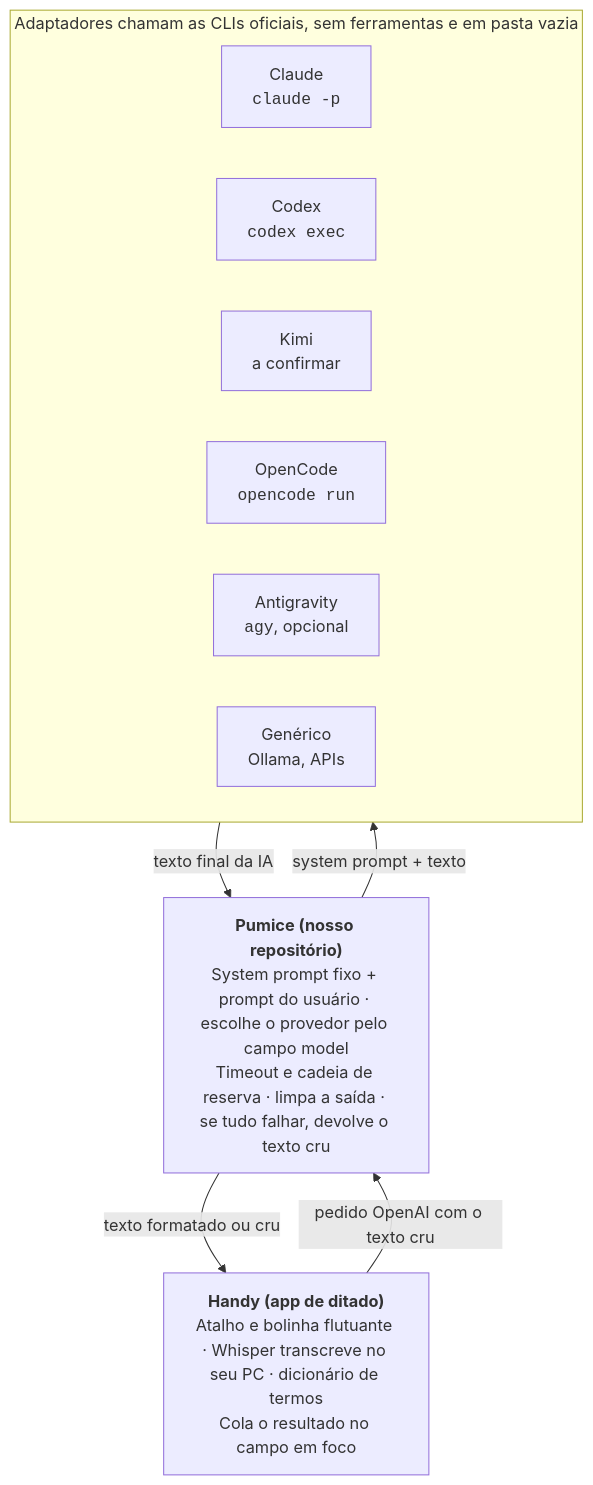
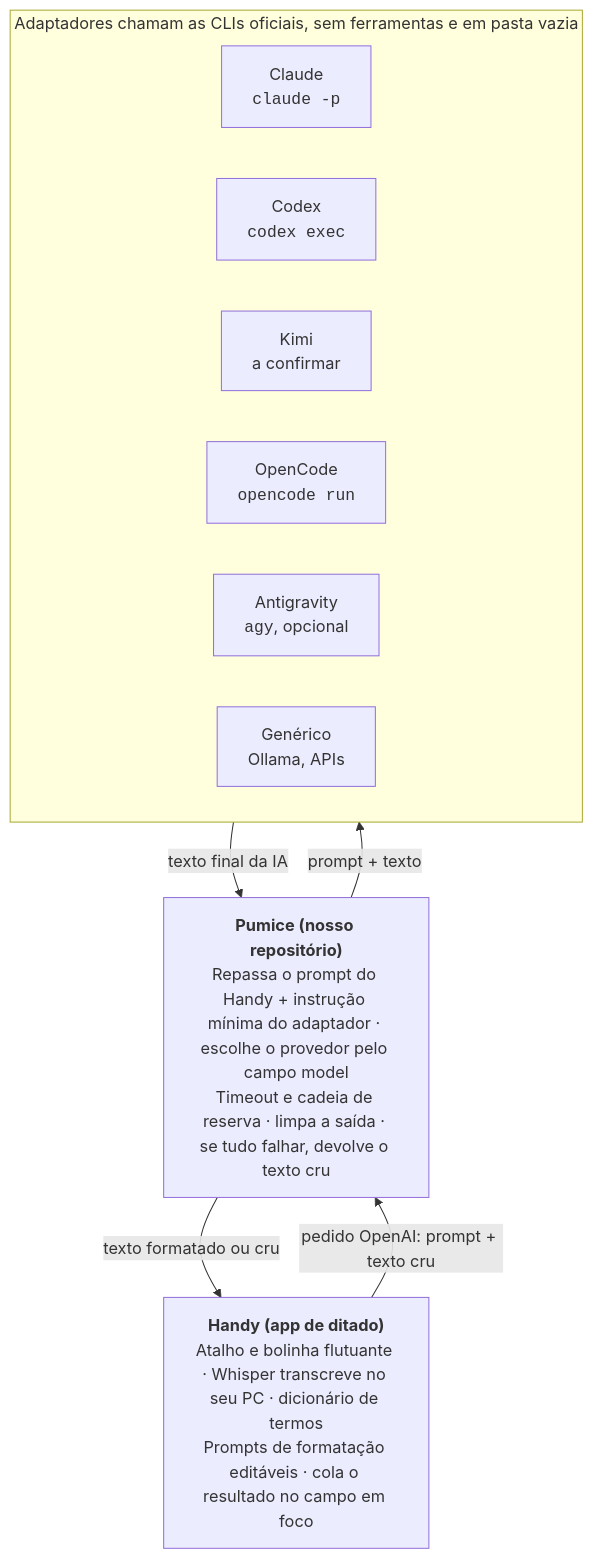
Before and after one commit to brasillero/pumice: the first of 2 diagrams in docs/product.pt-BR.md, drawn with Mermaid. The commit also changed other lines of this file and 2 other files, not shown here.

First line of the commit message:
docs: move formatting prompts to Handy, make Pumice prompts optional

````diff
--- a/docs/product.pt-BR.md
+++ b/docs/product.pt-BR.md
@@ -74,18 +74,18 @@
 ```mermaid
 flowchart TB
-    H["<b>Handy (app de ditado)</b><br/>Atalho e bolinha flutuante · Whisper transcreve no seu PC · dicionário de termos<br/>Cola o resultado no campo em foco"]
-    P["<b>Pumice (nosso repositório)</b><br/>System prompt fixo + prompt do usuário · escolhe o provedor pelo campo model<br/>Timeout e cadeia de reserva · limpa a saída · se tudo falhar, devolve o texto cru"]
+    H["<b>Handy (app de ditado)</b><br/>Atalho e bolinha flutuante · Whisper transcreve no seu PC · dicionário de termos<br/>Prompts de formatação editáveis · cola o resultado no campo em foco"]
+    P["<b>Pumice (nosso repositório)</b><br/>Repassa o prompt do Handy + instrução mínima do adaptador · escolhe o provedor pelo campo model<br/>Timeout e cadeia de reserva · limpa a saída · se tudo falhar, devolve o texto cru"]
     subgraph A["Adaptadores chamam as CLIs oficiais, sem ferramentas e em pasta vazia"]
         direction LR
         C["Claude<br/><code>claude -p</code>"]
         X["Codex<br/><code>codex exec</code>"]
         K["Kimi<br/>a confirmar"]
         O["OpenCode<br/><code>opencode run</code>"]
         G["Antigravity<br/><code>agy</code>, opcional"]
         N["Genérico<br/>Ollama, APIs"]
     end
-    H -- "pedido OpenAI com o texto cru" --> P
+    H -- "pedido OpenAI: prompt + texto cru" --> P
     P -- "texto formatado ou cru" --> H
-    P -- "system prompt + texto" --> A
+    P -- "prompt + texto" --> A
     A -- "texto final da IA" --> P
 ```
````
